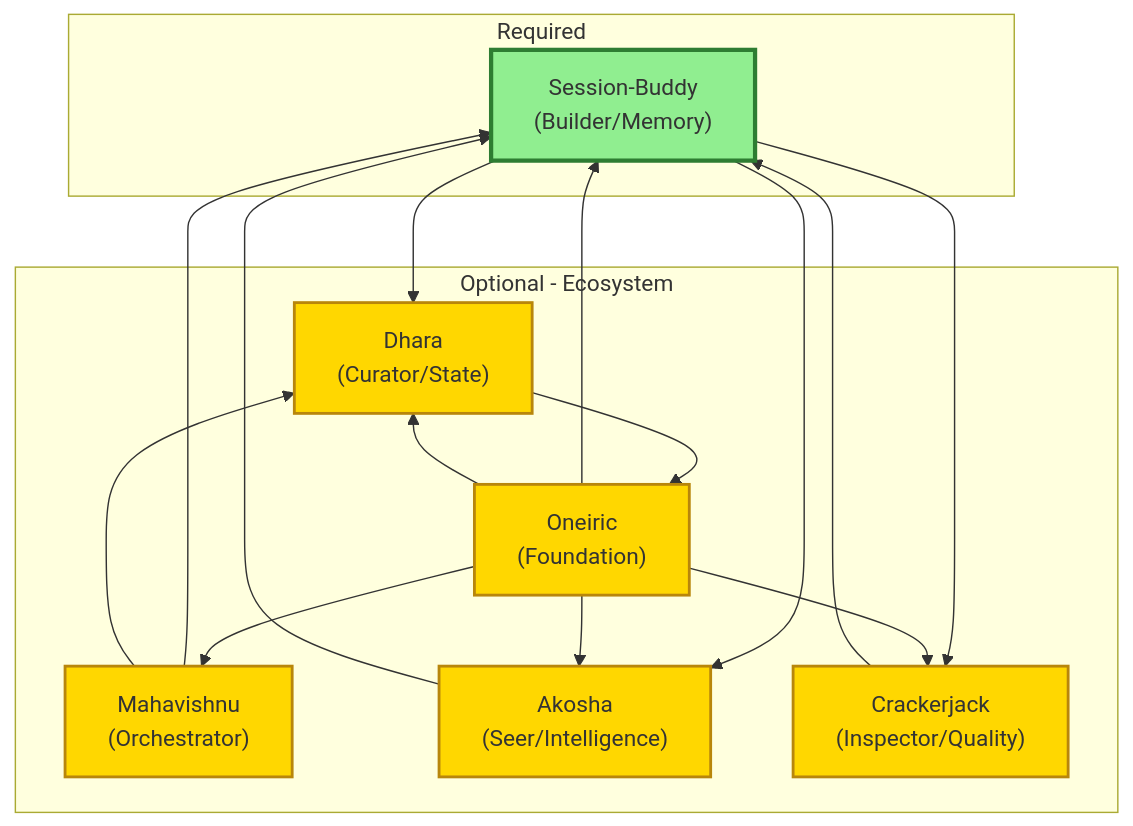
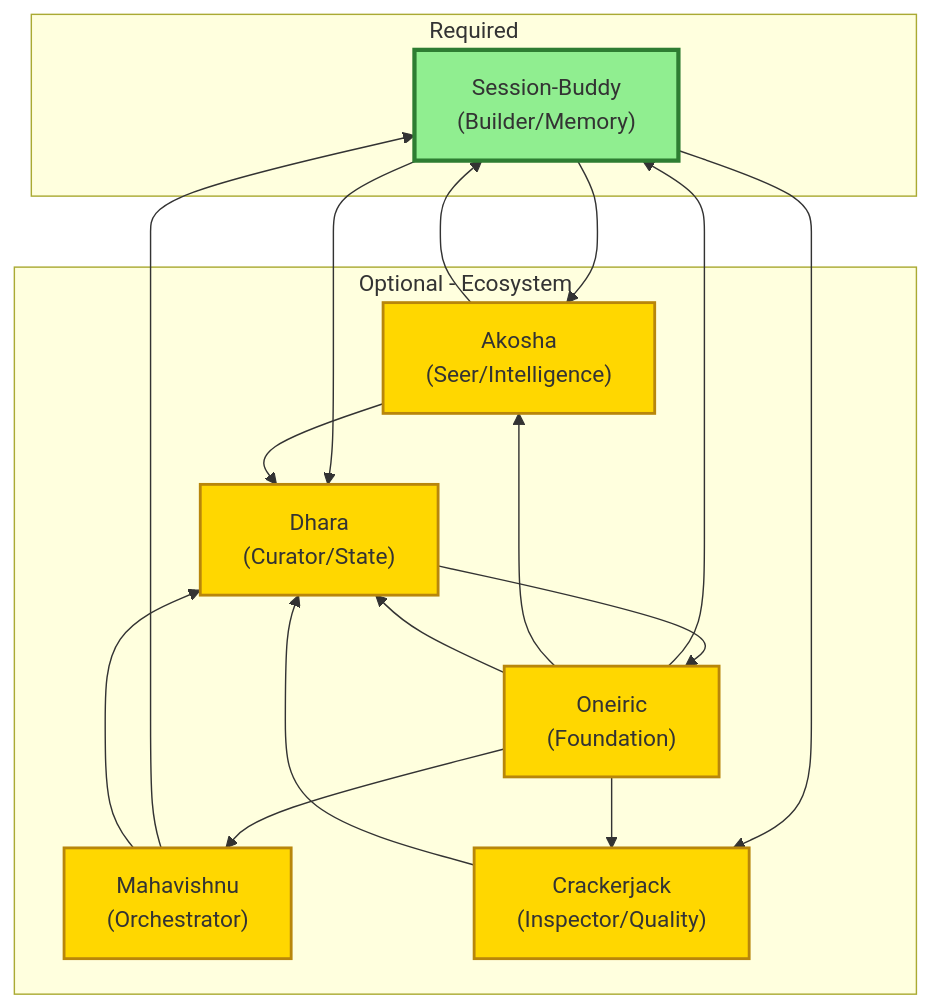
The diagram in docs/reference/service-dependencies.md (lesleslie/session-buddy), drawn with Mermaid before and after one commit. The commit also changed other lines of this file, not shown here.

First line of the commit message:
fix(session-buddy): refine canonical diagram per wave-11 review

````diff
--- a/docs/reference/service-dependencies.md
+++ b/docs/reference/service-dependencies.md
@@ -568,35 +568,36 @@
 ```mermaid
 graph TB
     subgraph "Required"
         SB["Session-Buddy<br/>(Builder/Memory)"]
     end
 
     subgraph "Optional - Ecosystem"
         MV["Mahavishnu<br/>(Orchestrator)"]
         AK["Akosha<br/>(Seer/Intelligence)"]
         CJ["Crackerjack<br/>(Inspector/Quality)"]
         DH["Dhara<br/>(Curator/State)"]
         ON["Oneiric<br/>(Foundation)"]
     end
 
     MV --> SB
     SB --> AK
     SB --> CJ
     SB --> DH
+    AK --> DH
+    CJ --> DH
     DH --> ON
     MV --> DH
-    CJ --> SB
     AK --> SB
     ON --> MV
     ON --> SB
     ON --> AK
     ON --> CJ
     ON --> DH
 
     style SB fill:#90EE90,stroke:#2E7D32,stroke-width:3px
     style MV fill:#FFD700,stroke:#B8860B,stroke-width:2px
     style AK fill:#FFD700,stroke:#B8860B,stroke-width:2px
     style CJ fill:#FFD700,stroke:#B8860B,stroke-width:2px
     style DH fill:#FFD700,stroke:#B8860B,stroke-width:2px
     style ON fill:#FFD700,stroke:#B8860B,stroke-width:2px
 ```
````
